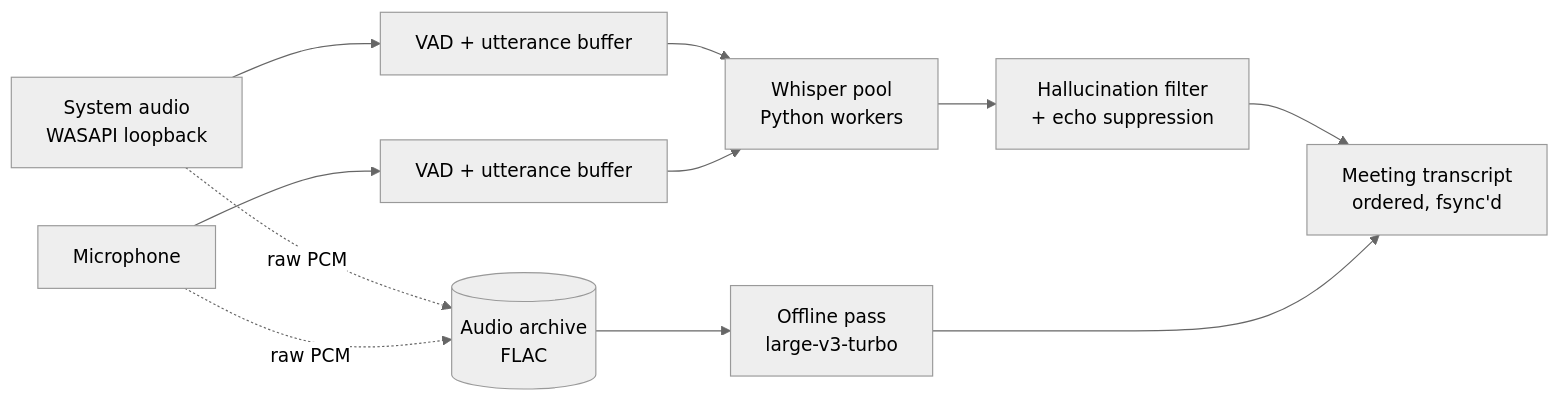
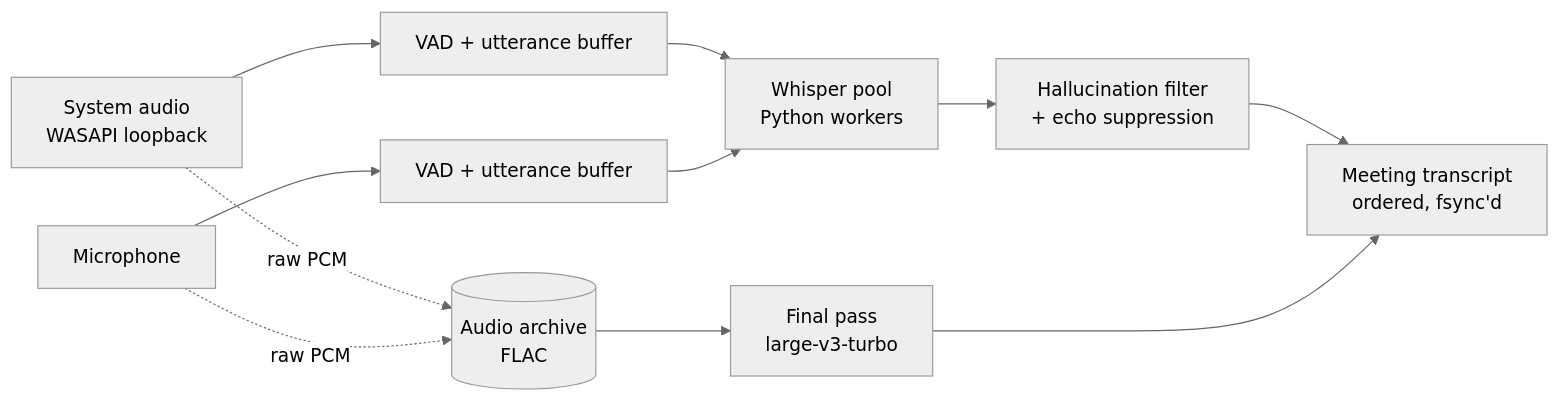
The diagram in README.md (Aaqibhafeezkhan/MeetScribe), drawn with Mermaid (neutral theme) before and after one commit. The commit also changed other lines of this file and 3 other files, not shown here.

````diff
--- a/README.md
+++ b/README.md
@@ -30,13 +152,13 @@
 ```mermaid
 flowchart LR
     A[System audio<br/>WASAPI loopback] --> V1[VAD + utterance buffer]
     B[Microphone] --> V2[VAD + utterance buffer]
     A -. raw PCM .-> AR[(Audio archive<br/>FLAC)]
     B -. raw PCM .-> AR
     V1 --> P[Whisper pool<br/>Python workers]
     V2 --> P
     P --> F[Hallucination filter<br/>+ echo suppression]
     F --> M[Meeting transcript<br/>ordered, fsync'd]
-    AR --> O[Offline pass<br/>large-v3-turbo]
+    AR --> O[Final pass<br/>large-v3-turbo]
     O --> M
 ```
````
